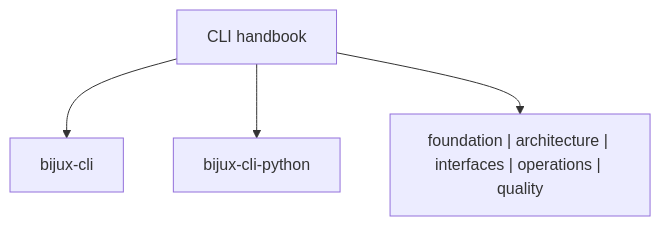
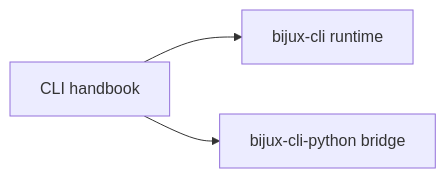
One commit to bijux/bijux-cli changed the diagram in docs/bijux-cli/index.md. Above: the diagram before and after it, drawn with Mermaid. The commit also changed other lines of this file, not shown here.

Commit message:
docs(cli): sharpen the command handbook root

````diff
--- a/docs/bijux-cli/index.md
+++ b/docs/bijux-cli/index.md
@@ -28,7 +27,5 @@
 ```mermaid
-flowchart TB
-    handbook["CLI handbook"]
-    handbook --> runtime["bijux-cli"]
-    handbook --> python["bijux-cli-python"]
-    handbook --> sections["foundation | architecture | interfaces | operations | quality"]
+flowchart LR
+    handbook["CLI handbook"] --> runtime["bijux-cli runtime"]
+    handbook --> python["bijux-cli-python bridge"]
 ```
````
